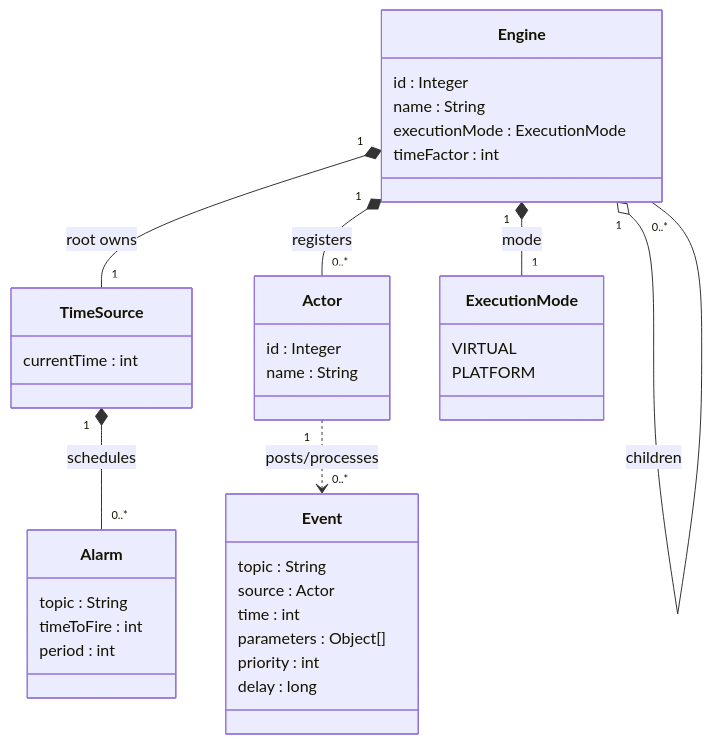
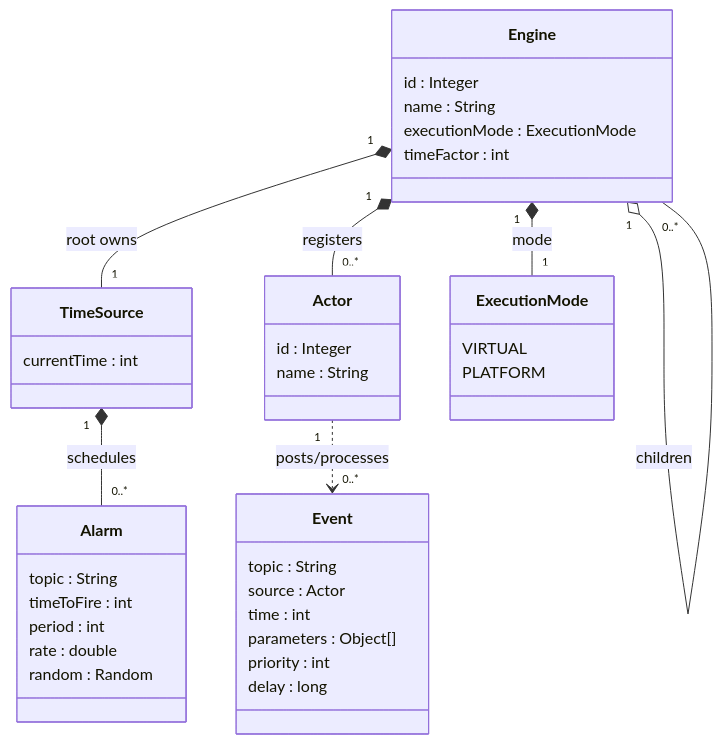
The second of 5 diagrams in architecture.md (JPnCo/simula), drawn with Mermaid before and after one commit. The commit also changed other lines of this file and 12 other files, not shown here.

````diff
--- a/architecture.md
+++ b/architecture.md
@@ -124,39 +124,41 @@
 ```mermaid
 classDiagram
     class Engine {
         id : Integer
         name : String
         executionMode : ExecutionMode
         timeFactor : int
     }
     class Actor {
         id : Integer
         name : String
     }
     class Event {
         topic : String
         source : Actor
         time : int
         parameters : Object[]
         priority : int
         delay : long
     }
     class TimeSource {
         currentTime : int
     }
     class Alarm {
         topic : String
         timeToFire : int
         period : int
+        rate : double
+        random : Random
     }
     class ExecutionMode {
         VIRTUAL
         PLATFORM
     }
     Engine "1" *-- "1" TimeSource : root owns
     Engine "1" *-- "0..*" Actor : registers
     Engine "1" o-- "0..*" Engine : children
     Engine "1" *-- "1" ExecutionMode : mode
     TimeSource "1" *-- "0..*" Alarm : schedules
     Actor "1" ..> "0..*" Event : posts/processes
 ```
````
